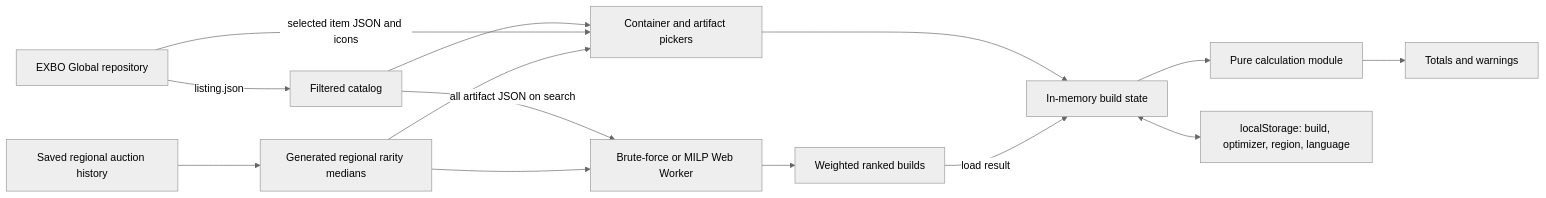
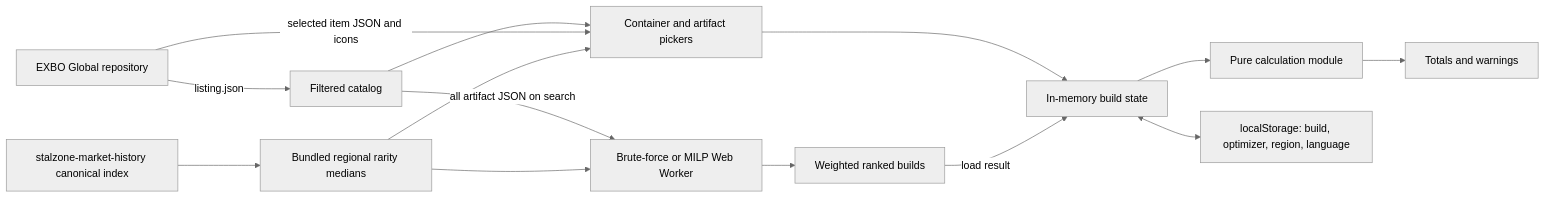
The diagram in docs/architecture.md (mzmrk/stalzone-field-kit), drawn with Mermaid (neutral theme) before and after one commit. The commit also changed other lines of this file and 15 other files, not shown here.

Commit message:
pricing,workflow,docs: consume canonical market estimates (replace local acquisition and generation)

````diff
--- a/docs/architecture.md
+++ b/docs/architecture.md
@@ -19,16 +19,16 @@
 ```mermaid
 flowchart LR
     EXBO["EXBO Global repository"] -->|listing.json| Catalog["Filtered catalog"]
-    Snapshot["Saved regional auction history"] --> PriceIndex["Generated regional rarity medians"]
+    Market["stalzone-market-history canonical index"] --> PriceIndex["Bundled regional rarity medians"]
     Catalog --> Picker["Container and artifact pickers"]
     EXBO -->|selected item JSON and icons| Picker
     PriceIndex --> Picker
     Picker --> Build["In-memory build state"]
     Build --> Calculator["Pure calculation module"]
     Calculator --> Results["Totals and warnings"]
     Build <--> Storage["localStorage: build, optimizer, region, language"]
     Catalog -->|all artifact JSON on search| Optimizer["Brute-force or MILP Web Worker"]
     PriceIndex --> Optimizer
     Optimizer --> Ranked["Weighted ranked builds"]
     Ranked -->|load result| Build
 ```
````
